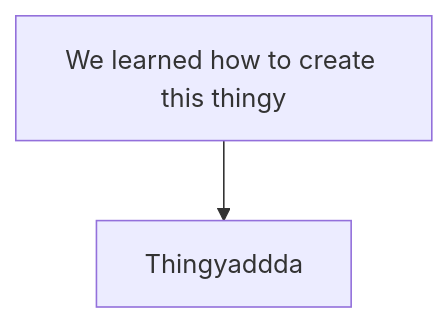
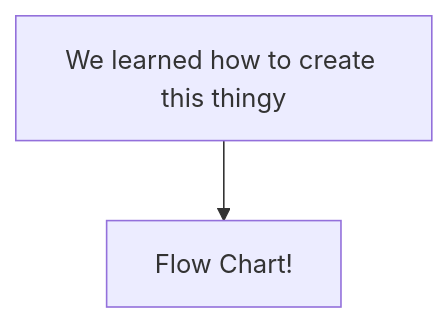
Before and after one commit to joshua-waa/2025-2026-CIF: the diagram in README.md, drawn with Mermaid. The commit also changed other lines of this file, not shown here.

````diff
--- a/README.md
+++ b/README.md
@@ -2,6 +3,6 @@
 ```mermaid
 flowchart TD
   St[We learned how to create this thingy]-->A
-  A[Thingyaddda]
+  A[Flow Chart!]
 
 ``` 
````
